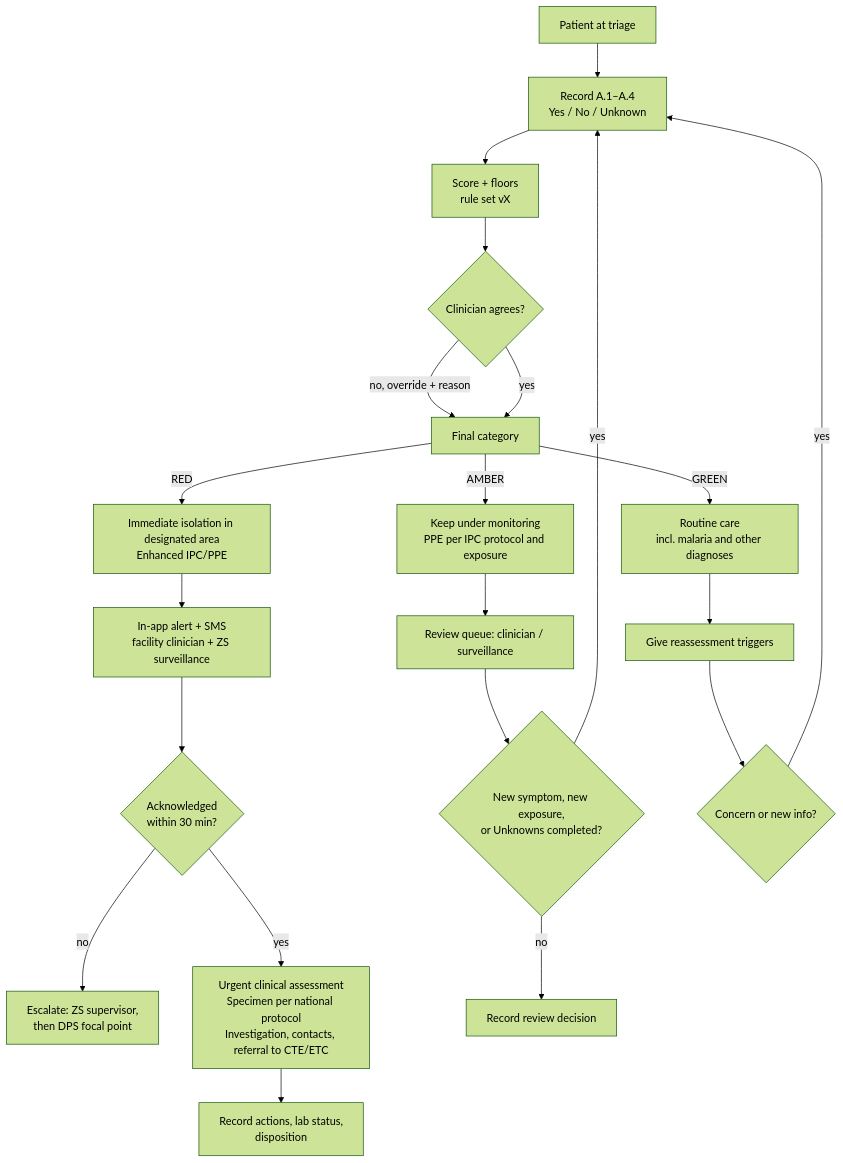
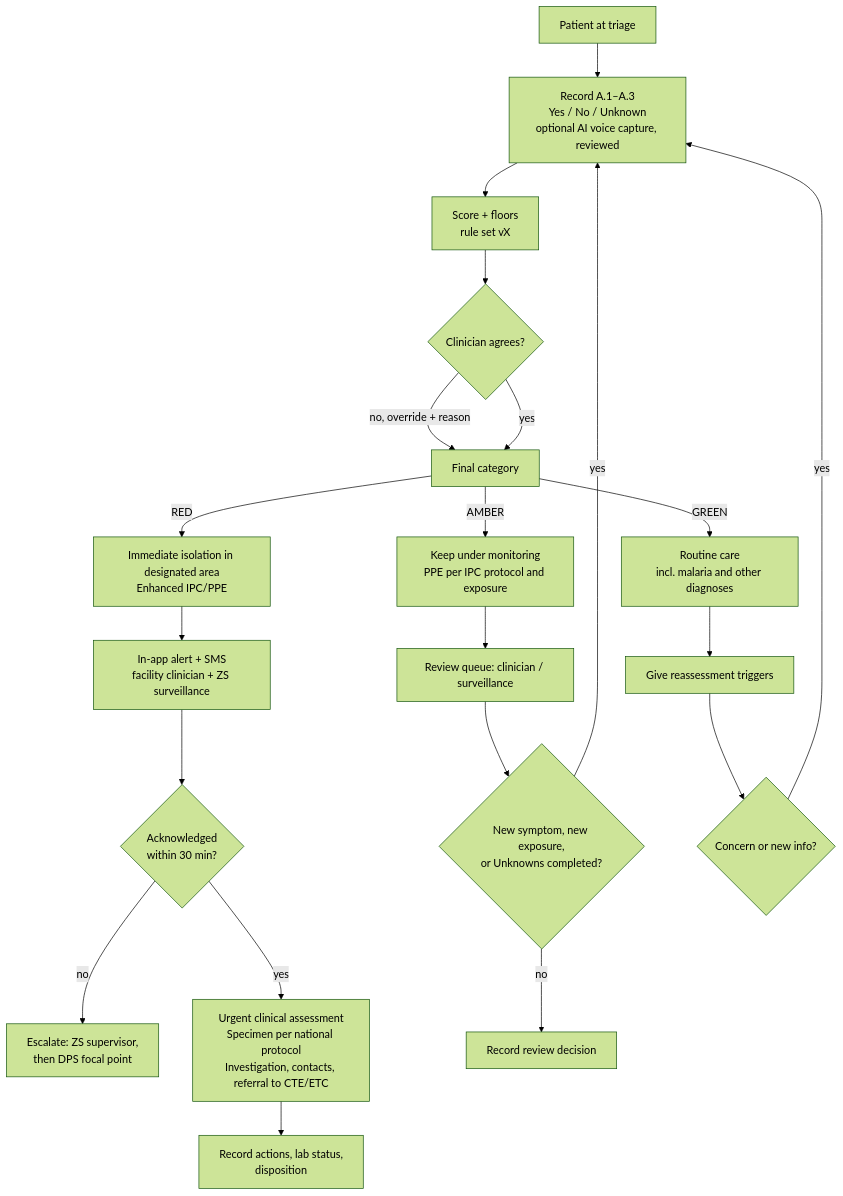
One commit to Brianwanzama/CEPI_BDBV-Digital-Surveillance-Tool changed the first of 2 diagrams in docs/04_alert_decision_framework.md. Above: the diagram before and after it, drawn with Mermaid (forest theme). The commit also changed 15 other files, not shown here.

First line of the commit message:
Add AI voice capture to triage; remove section A.4

````diff
--- a/docs/04_alert_decision_framework.md
+++ b/docs/04_alert_decision_framework.md
@@ -7,23 +7,23 @@
 ```mermaid
 flowchart TD
-  A[Patient at triage] --> B[Record A.1–A.4<br/>Yes / No / Unknown]
+  A[Patient at triage] --> B[Record A.1–A.3<br/>Yes / No / Unknown<br/>optional AI voice capture, reviewed]
   B --> C[Score + floors<br/>rule set vX]
   C --> D{Clinician agrees?}
   D -- no, override + reason --> E[Final category]
   D -- yes --> E
   E -->|RED| R1[Immediate isolation in designated area<br/>Enhanced IPC/PPE]
   R1 --> R2[In-app alert + SMS<br/>facility clinician + ZS surveillance]
   R2 --> R3{Acknowledged<br/>within 30 min?}
   R3 -- no --> R4[Escalate: ZS supervisor,<br/>then DPS focal point]
   R3 -- yes --> R5[Urgent clinical assessment<br/>Specimen per national protocol<br/>Investigation, contacts, referral to CTE/ETC]
   R5 --> R6[Record actions, lab status,<br/>disposition]
   E -->|AMBER| A1[Keep under monitoring<br/>PPE per IPC protocol and exposure]
   A1 --> A2[Review queue: clinician / surveillance]
   A2 --> A3{New symptom, new exposure,<br/>or Unknowns completed?}
   A3 -- yes --> B
   A3 -- no --> A4[Record review decision]
   E -->|GREEN| G1[Routine care<br/>incl. malaria and other diagnoses]
   G1 --> G2[Give reassessment triggers]
   G2 --> G3{Concern or new info?}
   G3 -- yes --> B
 ```
````
